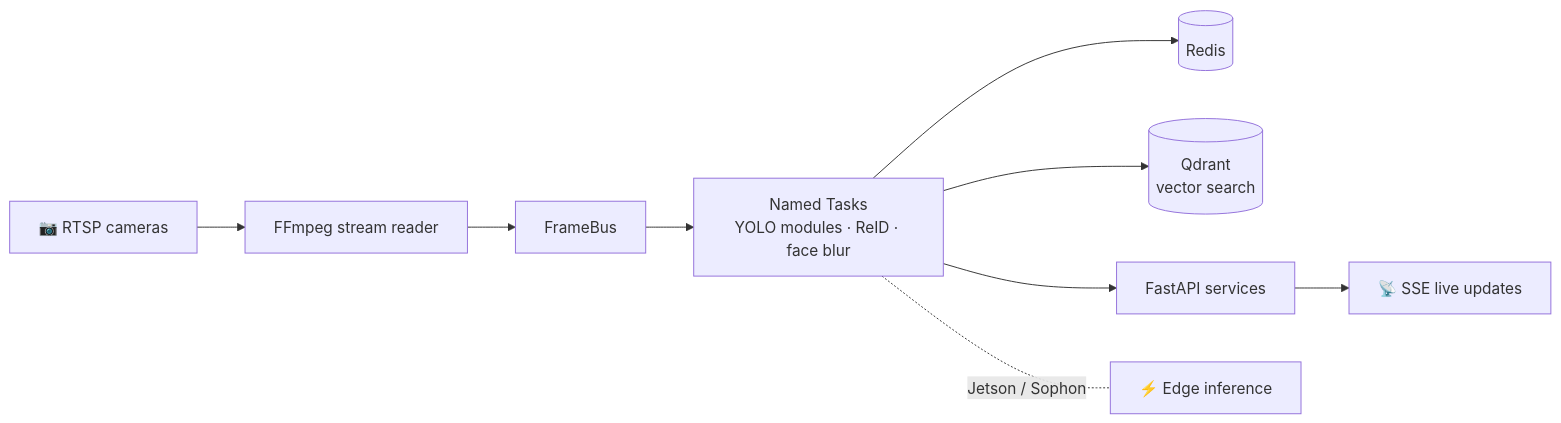
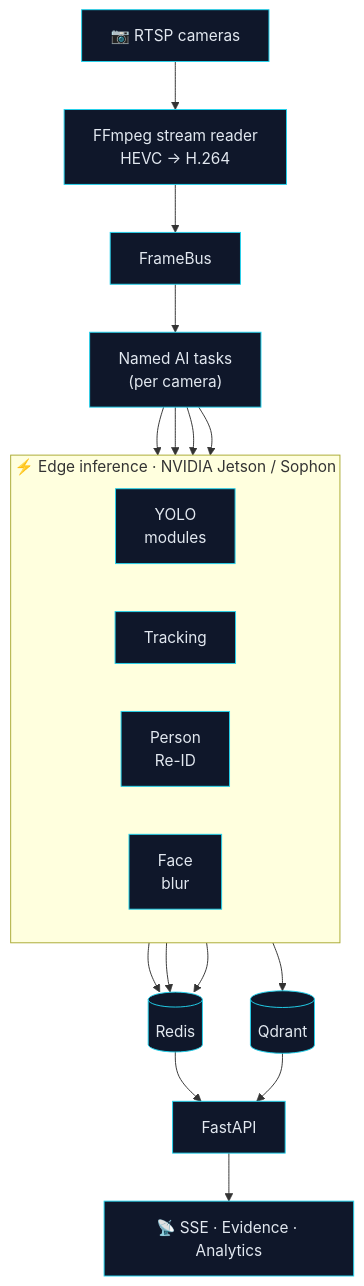
The second of 3 diagrams in README.md (AhmedHamadaIT/AhmedHamadaIT), drawn with Mermaid before and after one commit. The commit also changed other lines of this file, not shown here.

````diff
--- a/README.md
+++ b/README.md
@@ -35,11 +116,30 @@
 ```mermaid
-flowchart LR
-    A["📷 RTSP cameras"] --> B["FFmpeg stream reader"]
-    B --> C["FrameBus"]
-    C --> D["Named Tasks<br/>YOLO modules · ReID · face blur"]
-    D --> E[("Redis")]
-    D --> F[("Qdrant<br/>vector search")]
-    D --> G["FastAPI services"]
-    G --> H["📡 SSE live updates"]
-    D -. "Jetson / Sophon" .- I["⚡ Edge inference"]
+flowchart TD
+    CAM["📷 RTSP cameras"] --> FF["FFmpeg stream reader<br/>HEVC → H.264"]
+    FF --> FB["FrameBus"]
+    FB --> NT["Named AI tasks<br/>(per camera)"]
+
+    subgraph EDGE["⚡ Edge inference · NVIDIA Jetson / Sophon"]
+        direction LR
+        Y["YOLO<br/>modules"]
+        T["Tracking"]
+        R["Person<br/>Re-ID"]
+        B["Face<br/>blur"]
+    end
+
+    NT --> Y
+    NT --> T
+    NT --> R
+    NT --> B
+
+    Y --> RD[("Redis")]
+    T --> RD
+    B --> RD
+    R --> QD[("Qdrant")]
+    RD --> API["FastAPI"]
+    QD --> API
+    API --> OUT["📡 SSE · Evidence · Analytics"]
+
+    classDef n fill:#0f172a,stroke:#22d3ee,color:#e2e8f0;
+    class CAM,FF,FB,NT,Y,T,R,B,RD,QD,API,OUT n;
 ```
````
